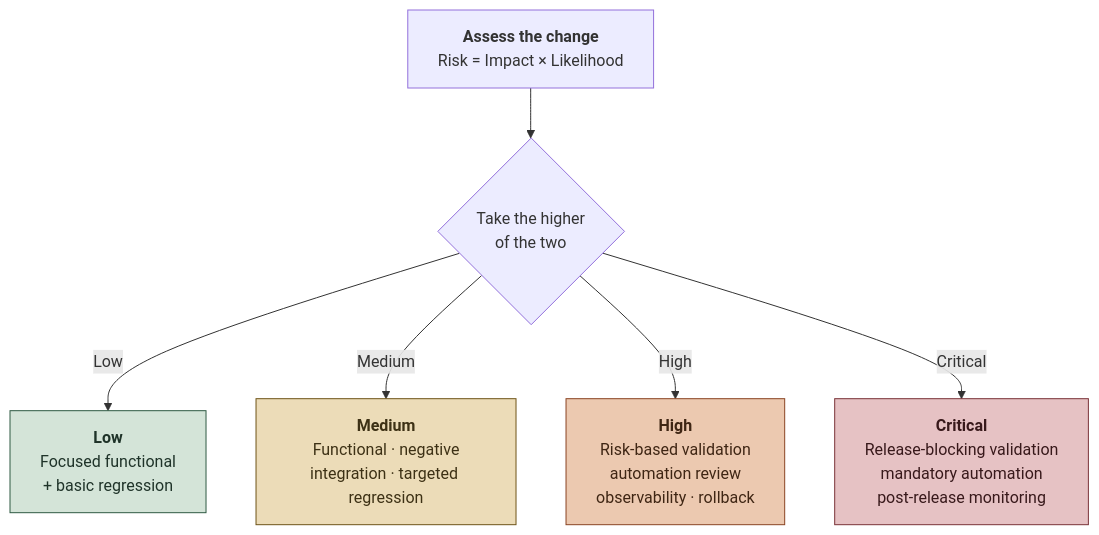
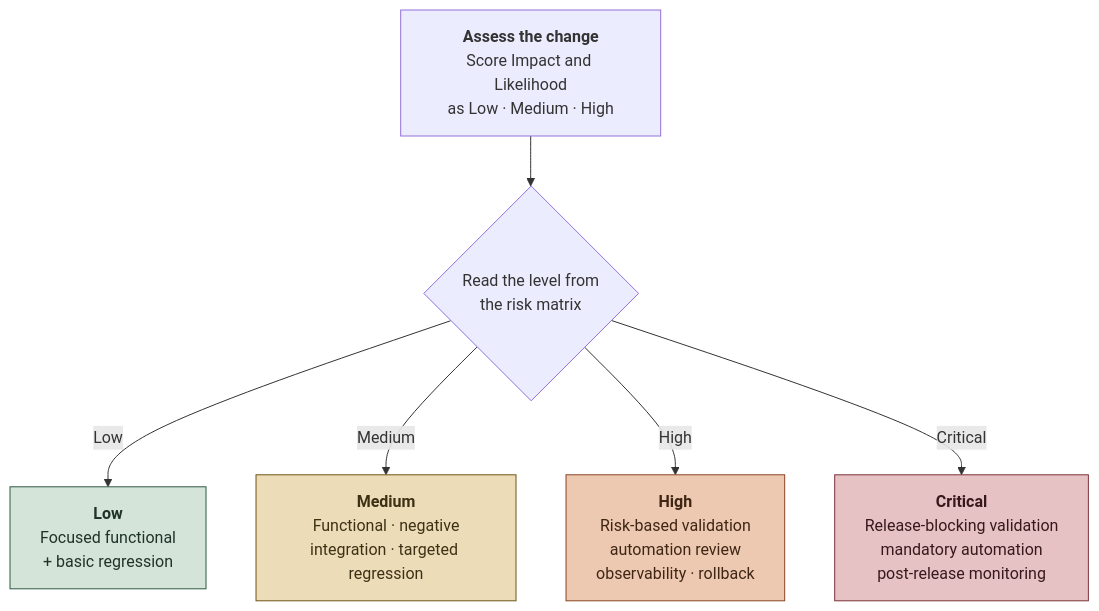
Before and after one commit to paulamarcondes/QA_Playbook: the diagram in 01-before-development.md, drawn with Mermaid. The commit also changed other lines of this file and 33 other files, not shown here.

````diff
--- a/01-before-development.md
+++ b/01-before-development.md
@@ -125,28 +131,29 @@
 ```mermaid
 flowchart TD
     Start["`**Assess the change**
-Risk = Impact × Likelihood`"] --> Q{"`Take the higher
-of the two`"}
+Score Impact and Likelihood
+as Low · Medium · High`"] --> Q{"`Read the level from
+the risk matrix`"}
     Q -->|Low| L["`**Low**
 Focused functional
 + basic regression`"]
     Q -->|Medium| M["`**Medium**
 Functional · negative
 integration · targeted regression`"]
     Q -->|High| H["`**High**
 Risk-based validation
 automation review
 observability · rollback`"]
     Q -->|Critical| C["`**Critical**
 Release-blocking validation
 mandatory automation
 post-release monitoring`"]
     classDef low  fill:#d4e4d8,stroke:#2f5a43,color:#1f3329;
     classDef med  fill:#ecdcb8,stroke:#6e5418,color:#3d3115;
     classDef high fill:#ecc9b0,stroke:#8a4423,color:#3f2614;
     classDef crit fill:#e6c2c4,stroke:#7a3338,color:#38191b;
     class L low
     class M med
     class H high
     class C crit
 ```
````
